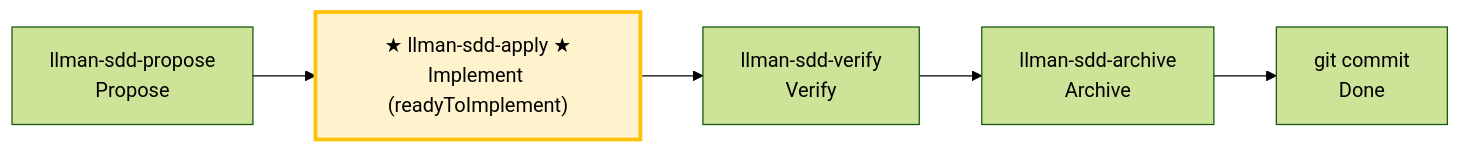
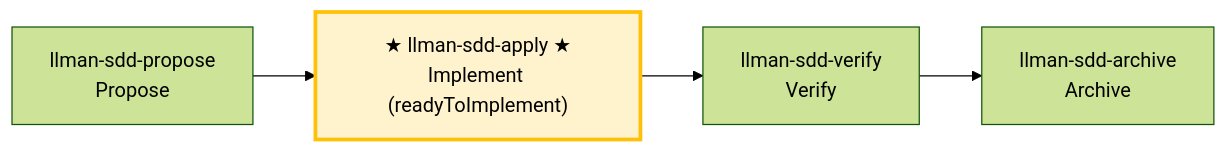
Before and after one commit to StrayDragon/llman: the diagram in templates/sdd/en/skills/llman-sdd-apply.md, drawn with Mermaid (forest theme). The commit also changed other lines of this file and 48 other files, not shown here.

````diff
--- a/templates/sdd/en/skills/llman-sdd-apply.md
+++ b/templates/sdd/en/skills/llman-sdd-apply.md
@@ -23,10 +23,9 @@
 ```mermaid
 flowchart LR
     propose["llman-sdd-propose<br/>Propose"] --> apply
     apply["★ llman-sdd-apply ★<br/>Implement (readyToImplement)"]
     apply --> verify["llman-sdd-verify<br/>Verify"]
     verify --> archive["llman-sdd-archive<br/>Archive"]
-    archive --> commit["git commit<br/>Done"]
 
     style apply fill:#fff3cd,stroke:#ffc107,stroke-width:3px
 ```
````
